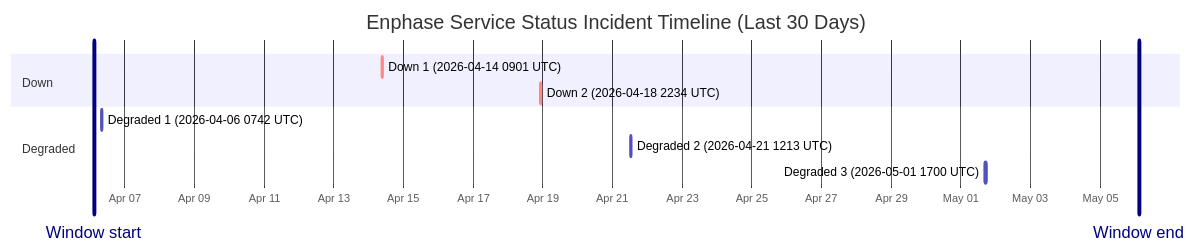
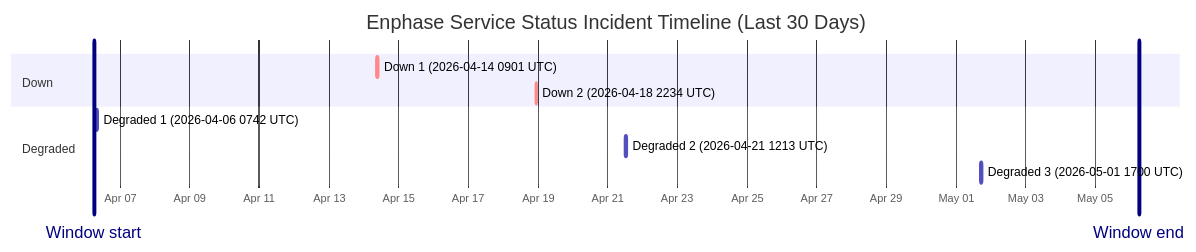
One commit to barneyonline/ha-enphase-ev-charger changed the diagram in wiki/Service-Status-History.md. Above: the diagram before and after it, drawn with Mermaid. The commit also changed other lines of this file and 3 other files, not shown here.

````diff
--- a/wiki/Service-Status-History.md
+++ b/wiki/Service-Status-History.md
@@ -14,15 +14,15 @@
 ```mermaid
 gantt
     title Enphase Service Status Incident Timeline (Last 30 Days)
     dateFormat  YYYY-MM-DDTHH:mm:ss
     axisFormat  %b %d
-    Window start :vert, window-start, 2026-04-06T02:44:13, 0ms
-    Window end :vert, window-end, 2026-05-06T02:44:13, 0ms
+    Window start :vert, window-start, 2026-04-06T05:56:57, 0ms
+    Window end :vert, window-end, 2026-05-06T05:56:57, 0ms
     section Down
     Down 1 (2026-04-14 0901 UTC) :crit, down-1, 2026-04-14T09:01:13, 60m
     Down 2 (2026-04-18 2234 UTC) :crit, down-2, 2026-04-18T22:34:13, 60m
     section Degraded
     Degraded 1 (2026-04-06 0742 UTC) :active, degraded-1, 2026-04-06T07:42:09, 85m
     Degraded 2 (2026-04-21 1213 UTC) :active, degraded-2, 2026-04-21T12:13:11, 60m
     Degraded 3 (2026-05-01 1700 UTC) :active, degraded-3, 2026-05-01T17:00:22, 60m
 ```
````
